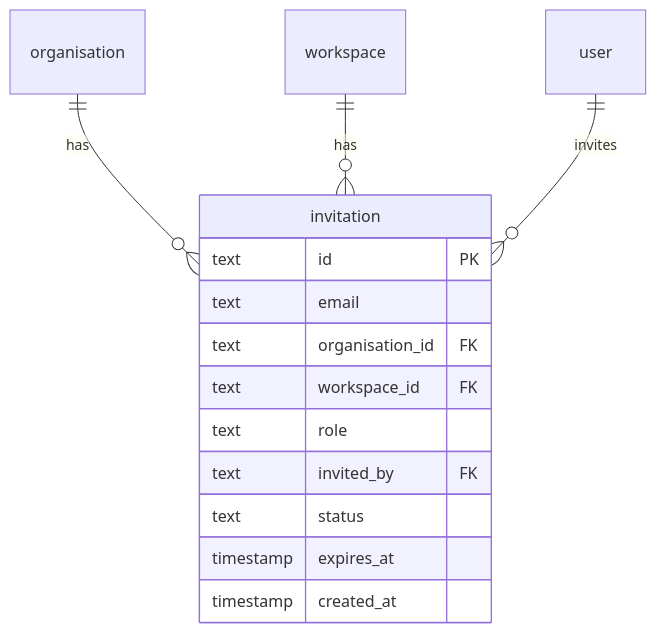
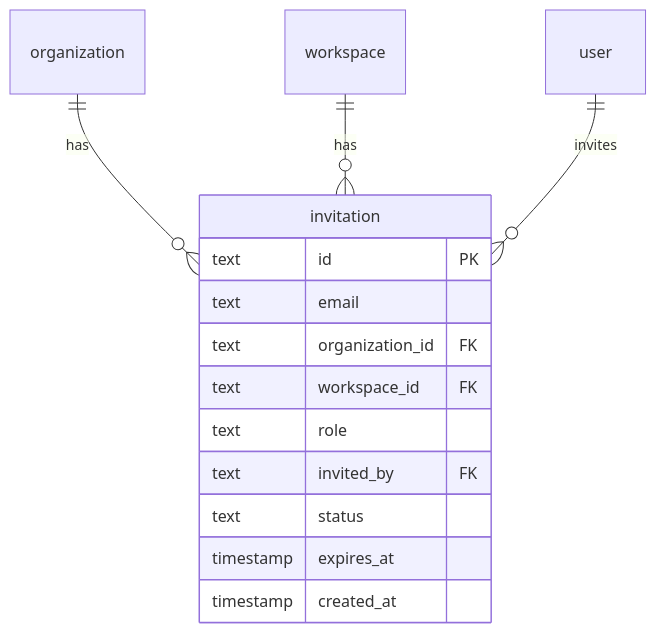
Before and after one commit to willdady/platypus: the second of 2 diagrams in plans/invitation-feature.md, drawn with Mermaid. The commit also changed other lines of this file and 120 other files, not shown here.

Commit message:
fix(spelling): renamed all occurances of "organisation" to US spelling "organization"

````diff
--- a/plans/invitation-feature.md
+++ b/plans/invitation-feature.md
@@ -62,18 +62,18 @@
 ```mermaid
 erDiagram
     invitation {
         text id PK
         text email
-        text organisation_id FK
+        text organization_id FK
         text workspace_id FK
         text role
         text invited_by FK
         text status
         timestamp expires_at
         timestamp created_at
     }
 
-    organisation ||--o{ invitation : has
+    organization ||--o{ invitation : has
     workspace ||--o{ invitation : has
     user ||--o{ invitation : invites
 ```
````
